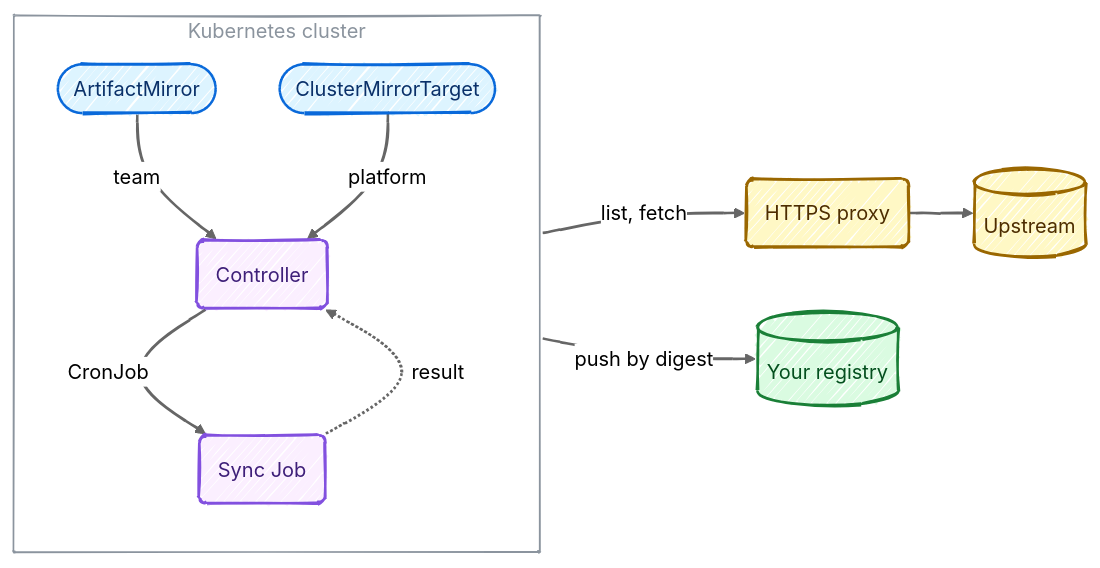
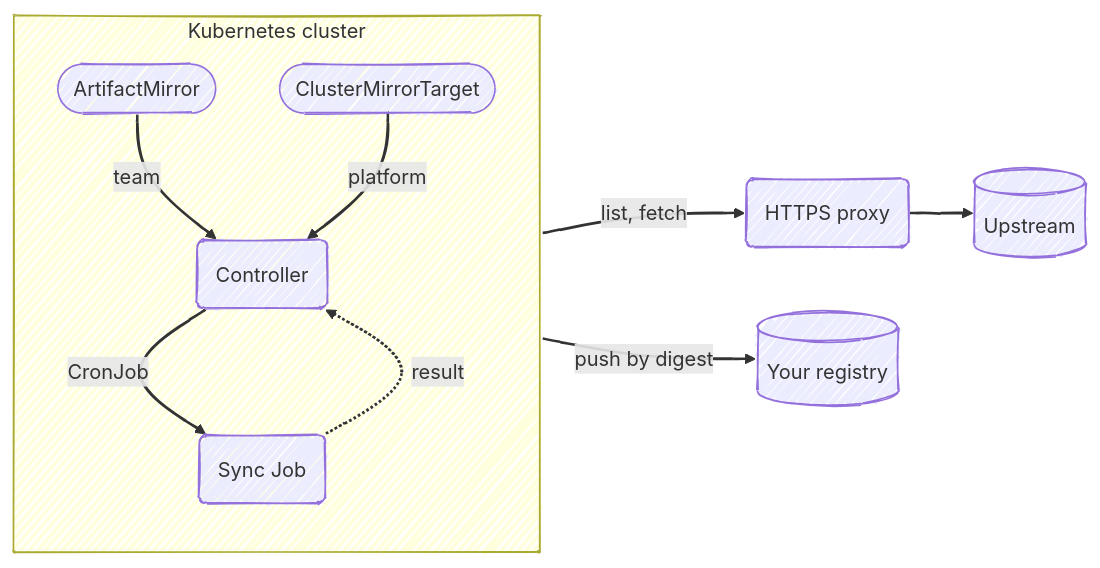
The first of 2 diagrams in README.md (r-gawronski/tagwarden), drawn with Mermaid before and after one commit. The commit also changed other lines of this file and 10 other files, not shown here.

Commit message:
docs: theme-aware hand-drawn diagrams, drop D2 variants

````diff
--- a/README.md
+++ b/README.md
@@ -37,32 +37,26 @@
 ```mermaid
 ---
 config:
   look: handDrawn
-  theme: neutral
 ---
 flowchart LR
   subgraph cluster [Kubernetes cluster]
     direction TB
-    AM([ArtifactMirror]):::res
-    T([ClusterMirrorTarget]):::res
-    C(Controller):::ctl
-    J(Sync Job):::ctl
+    AM([ArtifactMirror])
+    T([ClusterMirrorTarget])
+    C(Controller)
+    J(Sync Job)
     AM -- team --> C
     T -- platform --> C
     C -- CronJob --> J
     J -. result .-> C
   end
-  P(HTTPS proxy):::ext
-  U[(Upstream)]:::ext
-  R[(Your registry)]:::reg
+  P(HTTPS proxy)
+  U[(Upstream)]
+  R[(Your registry)]
   J -- list, fetch --> P
   P --> U
   J == push by digest ==> R
 
-  classDef res fill:#ddf4ff,stroke:#0969da,stroke-width:2px,color:#0a3069
-  classDef ctl fill:#fbefff,stroke:#8250df,stroke-width:2px,color:#3e1f79
-  classDef ext fill:#fff8c5,stroke:#9a6700,stroke-width:2px,color:#4d2d00
-  classDef reg fill:#dafbe1,stroke:#1a7f37,stroke-width:2px,color:#044f1e
-  style cluster fill:transparent,stroke:#8b949e,color:#8b949e
   linkStyle default stroke-width:2px
 ```
````
